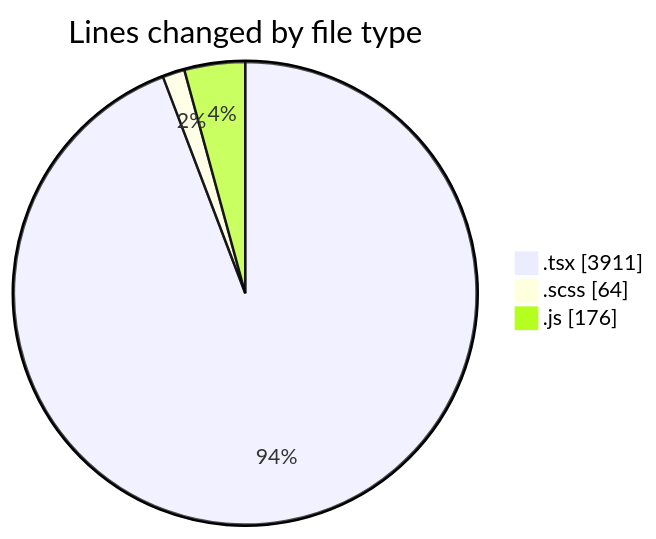
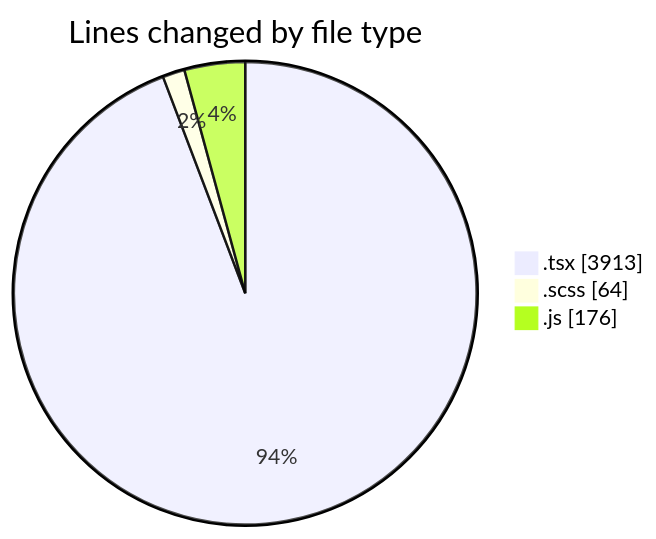
Before and after one commit to momahboobian/code-tracking: the first of 2 diagrams in 2025-06-16/cda/README.md, drawn with Mermaid. The commit also changed other lines of this file and 1 other file, not shown here.

````diff
--- a/2025-06-16/cda/README.md
+++ b/2025-06-16/cda/README.md
@@ -35,7 +35,7 @@
 ```mermaid
 pie showData
 title Lines changed by file type
-".tsx" : 3911
+".tsx" : 3913
 ".scss" : 64
 ".js" : 176
 ```
````
